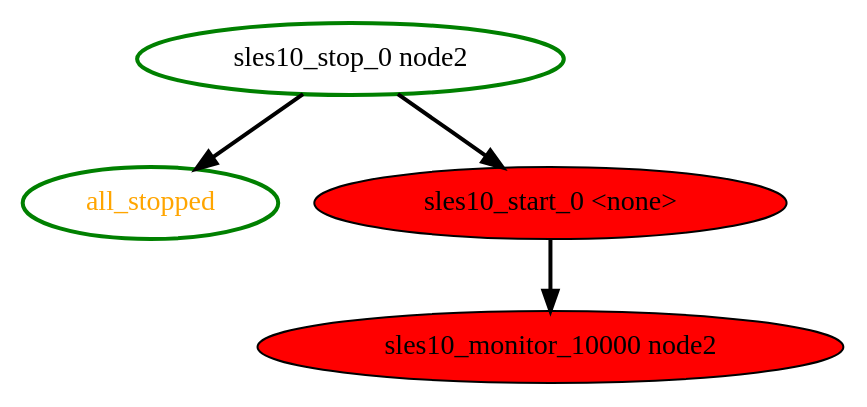
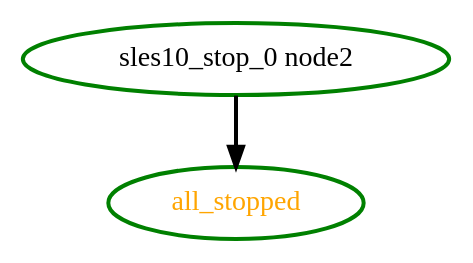
Before and after one commit to richiewen8/heartbeat: the diagram in crm/pengine/testcases/novell-251689.dot, drawn with Graphviz. The commit also changed 1 other file, not shown here.

```diff
--- a/crm/pengine/testcases/novell-251689.dot
+++ b/crm/pengine/testcases/novell-251689.dot
@@ -1,9 +1,5 @@
  digraph "g" {
 "all_stopped" [ style=bold color="green" fontcolor="orange"  ]
-"sles10_monitor_10000 node2" [ style=filled color="black" fontcolor="black"  fillcolor=red]
-"sles10_start_0 <none>" -> "sles10_monitor_10000 node2" [ style = bold]
-"sles10_start_0 <none>" [ style=filled color="black" fontcolor="black"  fillcolor=red]
 "sles10_stop_0 node2" -> "all_stopped" [ style = bold]
-"sles10_stop_0 node2" -> "sles10_start_0 <none>" [ style = bold]
 "sles10_stop_0 node2" [ style=bold color="green" fontcolor="black"  ]
 }
```
